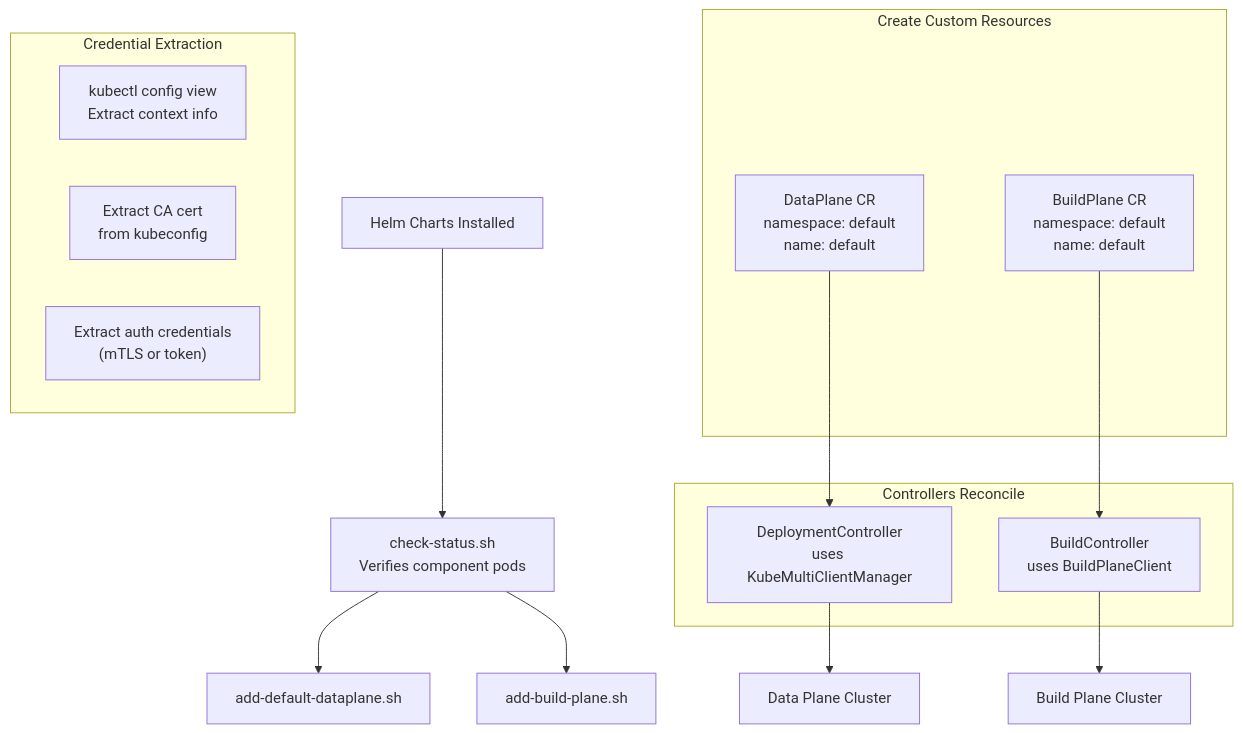
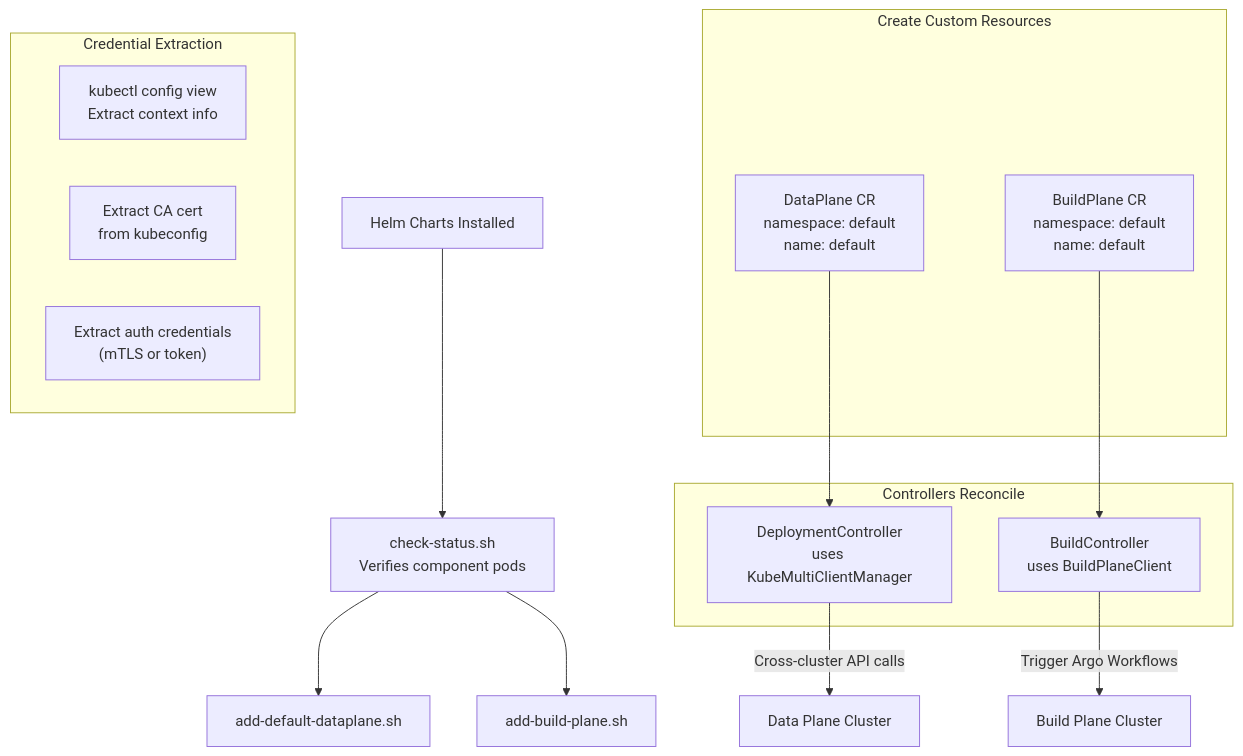
One commit to openchoreo/openchoreo changed the fourth of 4 diagrams in docs/deepwiki/Installation-Overview.md. Above: the diagram before and after it, drawn with Mermaid. The commit also changed other lines of this file and 85 other files, not shown here.

Commit message:
feat: Add new workflow and specification templates, update Helm chart dependencies, and clarify documentation diagrams.

````diff
--- a/docs/deepwiki/Installation-Overview.md
+++ b/docs/deepwiki/Installation-Overview.md
@@ -553,41 +530,41 @@
 ```mermaid
 flowchart TD
 
 GetContext["kubectl config view<br>Extract context info"]
 GetCA["Extract CA cert<br>from kubeconfig"]
 GetAuth["Extract auth credentials<br>(mTLS or token)"]
 Install["Helm Charts Installed"]
 CheckStatus["check-status.sh<br>Verifies component pods"]
 AddDP["add-default-dataplane.sh"]
 AddBP["add-build-plane.sh"]
 DataPlaneCR["DataPlane CR<br>namespace: default<br>name: default"]
 BuildPlaneCR["BuildPlane CR<br>namespace: default<br>name: default"]
 DeployCtrl["DeploymentController<br>uses KubeMultiClientManager"]
 BuildCtrl["BuildController<br>uses BuildPlaneClient"]
 DataPlane["Data Plane Cluster"]
 BuildPlane["Build Plane Cluster"]
 
 Install --> CheckStatus
 CheckStatus --> AddDP
 CheckStatus --> AddBP
 DataPlaneCR --> DeployCtrl
 BuildPlaneCR --> BuildCtrl
-DeployCtrl --> DataPlane
-BuildCtrl --> BuildPlane
+DeployCtrl -->|"Cross-cluster API calls"| DataPlane
+BuildCtrl -->|"Trigger Argo Workflows"| BuildPlane
 
 subgraph ControllerReconcile ["Controllers Reconcile"]
     DeployCtrl
     BuildCtrl
 end
 
 subgraph CreateCRs ["Create Custom Resources"]
     DataPlaneCR
     BuildPlaneCR
 end
 
 subgraph ExtractCredentials ["Credential Extraction"]
     GetContext
     GetCA
     GetAuth
 end
 ```
````
